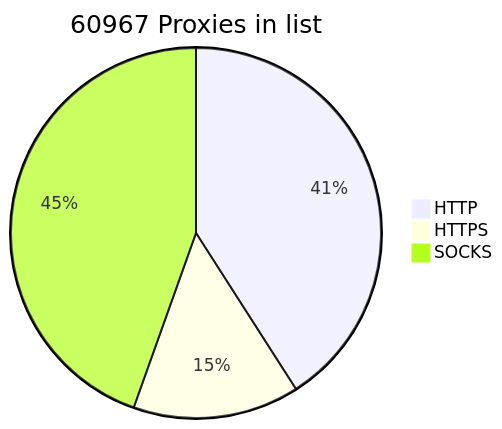
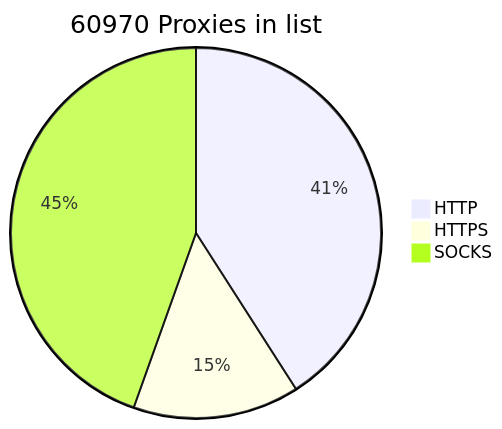
One commit to BlackSnowDot/proxylist-update-every-minute changed the diagram in README.md. Above: the diagram before and after it, drawn with Mermaid.

````diff
--- a/README.md
+++ b/README.md
@@ -2,6 +2,6 @@
 ```mermaid
-pie title 60967 Proxies in list
-    "HTTP" : 28269
+pie title 60970 Proxies in list
+    "HTTP" : 28270
     "HTTPS": 10031
-    "SOCKS" : 30763
+    "SOCKS" : 30764
 ```
````
